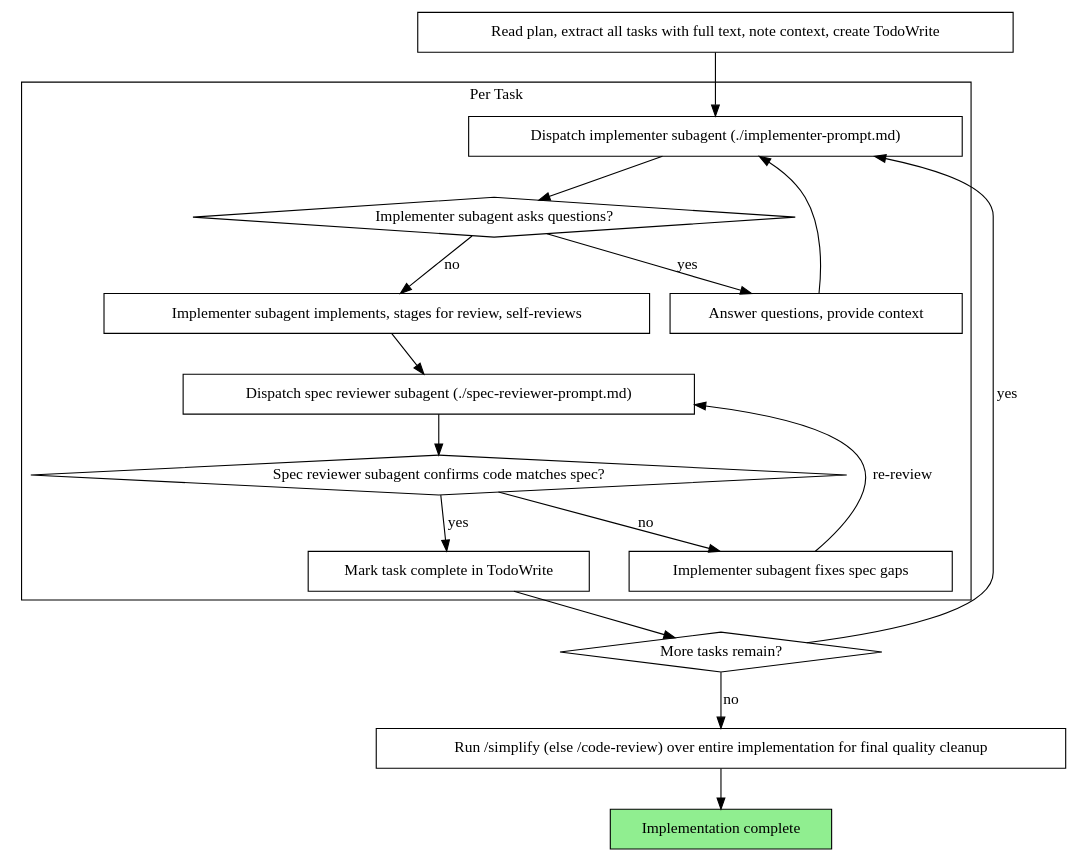
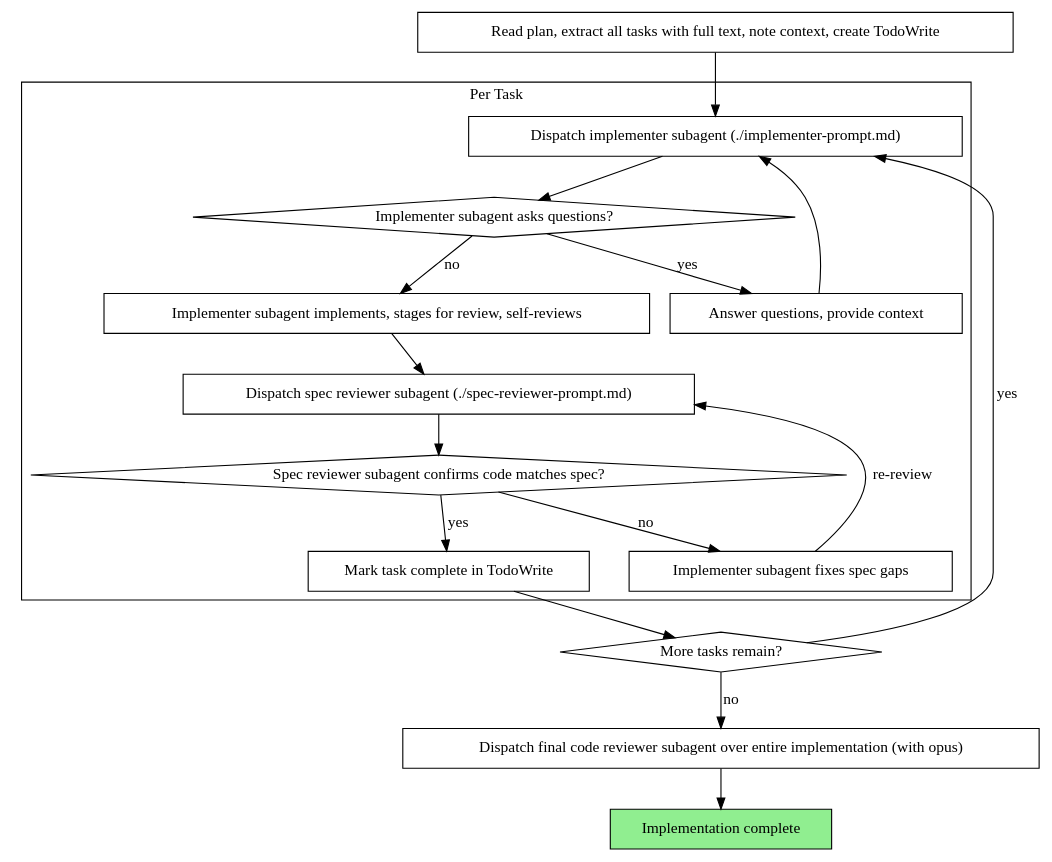
Before and after one commit to MySwallow/superpowers-lite: the second of 2 diagrams in skills-en/subagent-driven-development/SKILL.md, drawn with Graphviz. The commit also changed other lines of this file and 9 other files, not shown here.

First line of the commit message:
refactor(subagent-driven): 收口改回真正的 code review（用 opus），替换 /simplify

````diff
--- a/skills-en/subagent-driven-development/SKILL.md
+++ b/skills-en/subagent-driven-development/SKILL.md
@@ -44,37 +44,37 @@
 ```dot
 digraph process {
     rankdir=TB;
 
     subgraph cluster_per_task {
         label="Per Task";
         "Dispatch implementer subagent (./implementer-prompt.md)" [shape=box];
         "Implementer subagent asks questions?" [shape=diamond];
         "Answer questions, provide context" [shape=box];
         "Implementer subagent implements, stages for review, self-reviews" [shape=box];
         "Dispatch spec reviewer subagent (./spec-reviewer-prompt.md)" [shape=box];
         "Spec reviewer subagent confirms code matches spec?" [shape=diamond];
         "Implementer subagent fixes spec gaps" [shape=box];
         "Mark task complete in TodoWrite" [shape=box];
     }
 
     "Read plan, extract all tasks with full text, note context, create TodoWrite" [shape=box];
     "More tasks remain?" [shape=diamond];
-    "Run /simplify (else /code-review) over entire implementation for final quality cleanup" [shape=box];
+    "Dispatch final code reviewer subagent over entire implementation (with opus)" [shape=box];
     "Implementation complete" [shape=box style=filled fillcolor=lightgreen];
 
     "Read plan, extract all tasks with full text, note context, create TodoWrite" -> "Dispatch implementer subagent (./implementer-prompt.md)";
     "Dispatch implementer subagent (./implementer-prompt.md)" -> "Implementer subagent asks questions?";
     "Implementer subagent asks questions?" -> "Answer questions, provide context" [label="yes"];
     "Answer questions, provide context" -> "Dispatch implementer subagent (./implementer-prompt.md)";
     "Implementer subagent asks questions?" -> "Implementer subagent implements, stages for review, self-reviews" [label="no"];
     "Implementer subagent implements, stages for review, self-reviews" -> "Dispatch spec reviewer subagent (./spec-reviewer-prompt.md)";
     "Dispatch spec reviewer subagent (./spec-reviewer-prompt.md)" -> "Spec reviewer subagent confirms code matches spec?";
     "Spec reviewer subagent confirms code matches spec?" -> "Implementer subagent fixes spec gaps" [label="no"];
     "Implementer subagent fixes spec gaps" -> "Dispatch spec reviewer subagent (./spec-reviewer-prompt.md)" [label="re-review"];
     "Spec reviewer subagent confirms code matches spec?" -> "Mark task complete in TodoWrite" [label="yes"];
     "Mark task complete in TodoWrite" -> "More tasks remain?";
     "More tasks remain?" -> "Dispatch implementer subagent (./implementer-prompt.md)" [label="yes"];
-    "More tasks remain?" -> "Run /simplify (else /code-review) over entire implementation for final quality cleanup" [label="no"];
-    "Run /simplify (else /code-review) over entire implementation for final quality cleanup" -> "Implementation complete";
+    "More tasks remain?" -> "Dispatch final code reviewer subagent over entire implementation (with opus)" [label="no"];
+    "Dispatch final code reviewer subagent over entire implementation (with opus)" -> "Implementation complete";
 }
 ```
````
